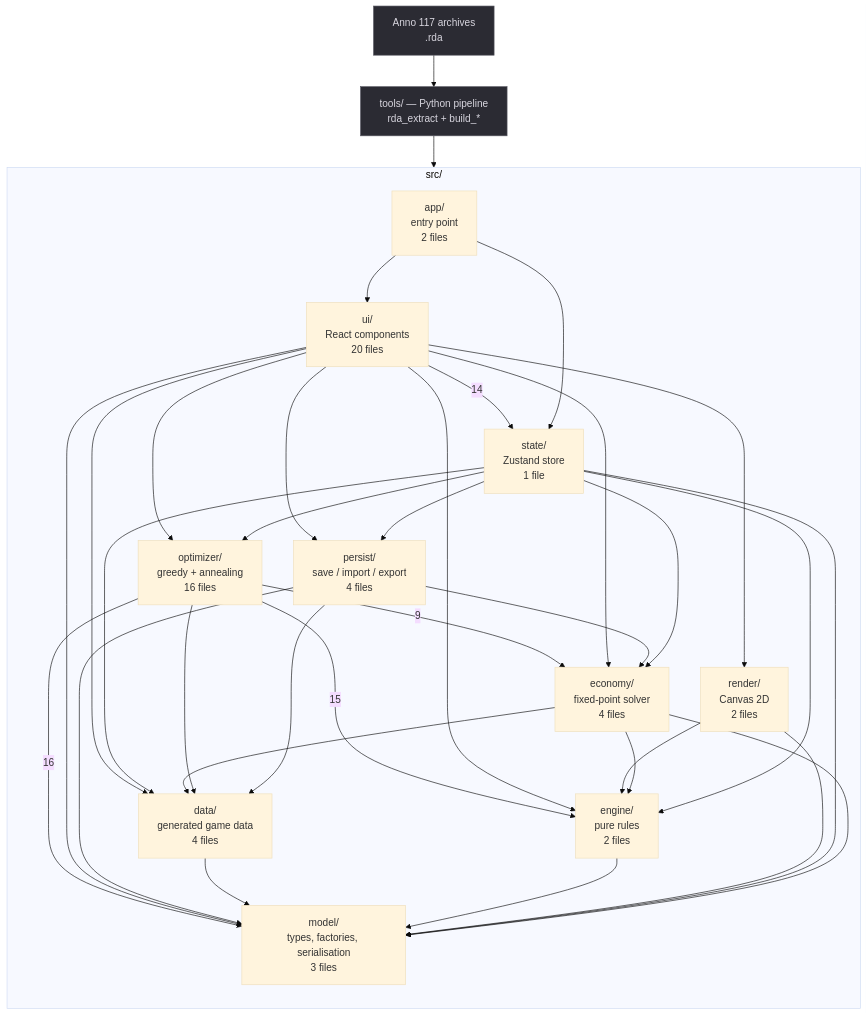
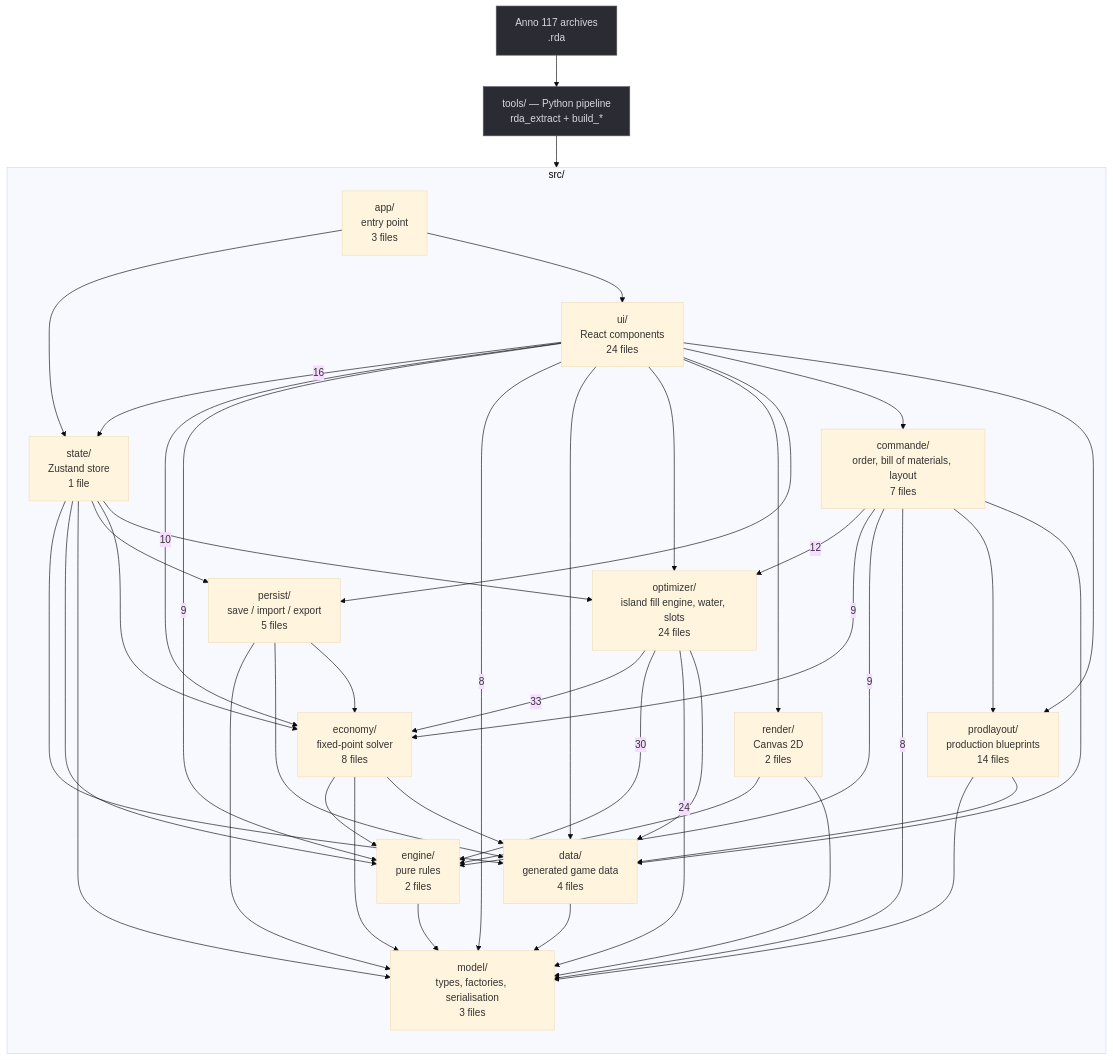
Before and after one commit to MaissaRemi/anno117-designer: the diagram in README.md, drawn with Mermaid (base theme). The commit also changed other lines of this file and 11 other files, not shown here.

````diff
--- a/README.md
+++ b/README.md
@@ -191,54 +193,66 @@
 ```mermaid
 flowchart TD
   RDA["Anno 117 archives<br/>.rda"]
   PY["tools/ — Python pipeline<br/>rda_extract + build_*"]
 
   subgraph app_["src/"]
     direction TB
     model["model/<br/>types, factories, serialisation<br/>3 files"]
     engine["engine/<br/>pure rules<br/>2 files"]
-    economy["economy/<br/>fixed-point solver<br/>4 files"]
-    optimizer["optimizer/<br/>greedy + annealing<br/>16 files"]
+    economy["economy/<br/>fixed-point solver<br/>8 files"]
+    commande["commande/<br/>order, bill of materials, layout<br/>7 files"]
+    prodlayout["prodlayout/<br/>production blueprints<br/>14 files"]
+    optimizer["optimizer/<br/>island fill engine, water, slots<br/>24 files"]
     data["data/<br/>generated game data<br/>4 files"]
     state["state/<br/>Zustand store<br/>1 file"]
     render["render/<br/>Canvas 2D<br/>2 files"]
-    persist["persist/<br/>save / import / export<br/>4 files"]
-    ui["ui/<br/>React components<br/>20 files"]
-    app["app/<br/>entry point<br/>2 files"]
+    persist["persist/<br/>save / import / export<br/>5 files"]
+    ui["ui/<br/>React components<br/>24 files"]
+    app["app/<br/>entry point<br/>3 files"]
   end
 
   RDA --> PY --> data
-  optimizer --> |"16"| model
-  optimizer --> |"15"| engine
-  ui --> |"14"| state
-  optimizer --> |"9"| economy
-  ui --> economy
-  ui --> model
-  ui --> engine
+  optimizer --> |"33"| economy
+  optimizer --> |"30"| engine
+  optimizer --> |"24"| model
+  ui --> |"16"| state
+  commande --> |"12"| optimizer
+  ui --> |"10"| economy
+  commande --> |"9"| economy
+  commande --> |"9"| engine
+  ui --> |"9"| engine
+  commande --> |"8"| model
+  ui --> |"8"| model
+  optimizer --> data
+  ui --> data
   ui --> optimizer
-  ui --> data
+  commande --> prodlayout
+  ui --> render
+  ui --> persist
   persist --> model
+  prodlayout --> model
   render --> engine
-  ui --> persist
+  state --> data
+  ui --> commande
   data --> model
   economy --> engine
+  economy --> model
   engine --> model
+  persist --> data
   render --> model
-  state --> data
   state --> engine
   state --> model
   state --> persist
-  ui --> render
+  ui --> prodlayout
   app --> state
   app --> ui
+  commande --> data
   economy --> data
-  economy --> model
-  optimizer --> data
-  persist --> data
   persist --> economy
+  prodlayout --> data
   state --> economy
   state --> optimizer
 
   classDef ext fill:#2b2b33,stroke:#55555f,color:#d8d6df;
   class RDA,PY ext;
 ```
````
